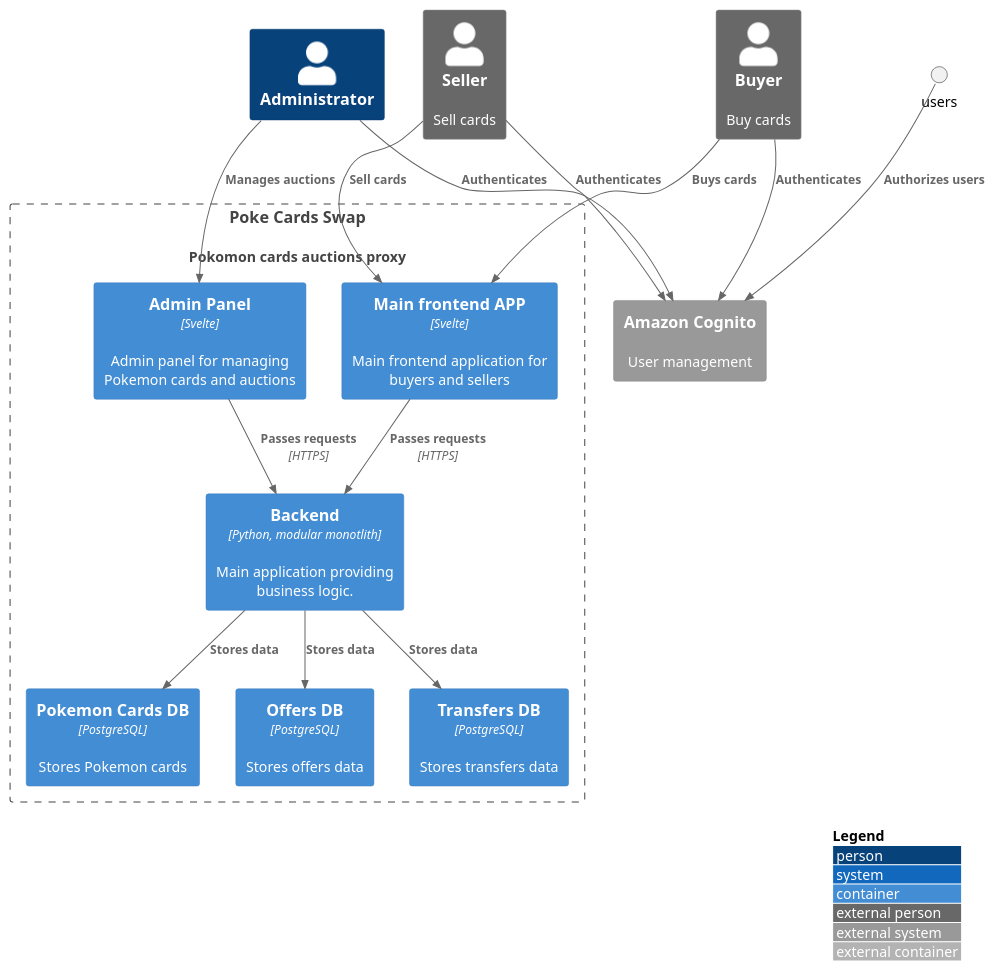
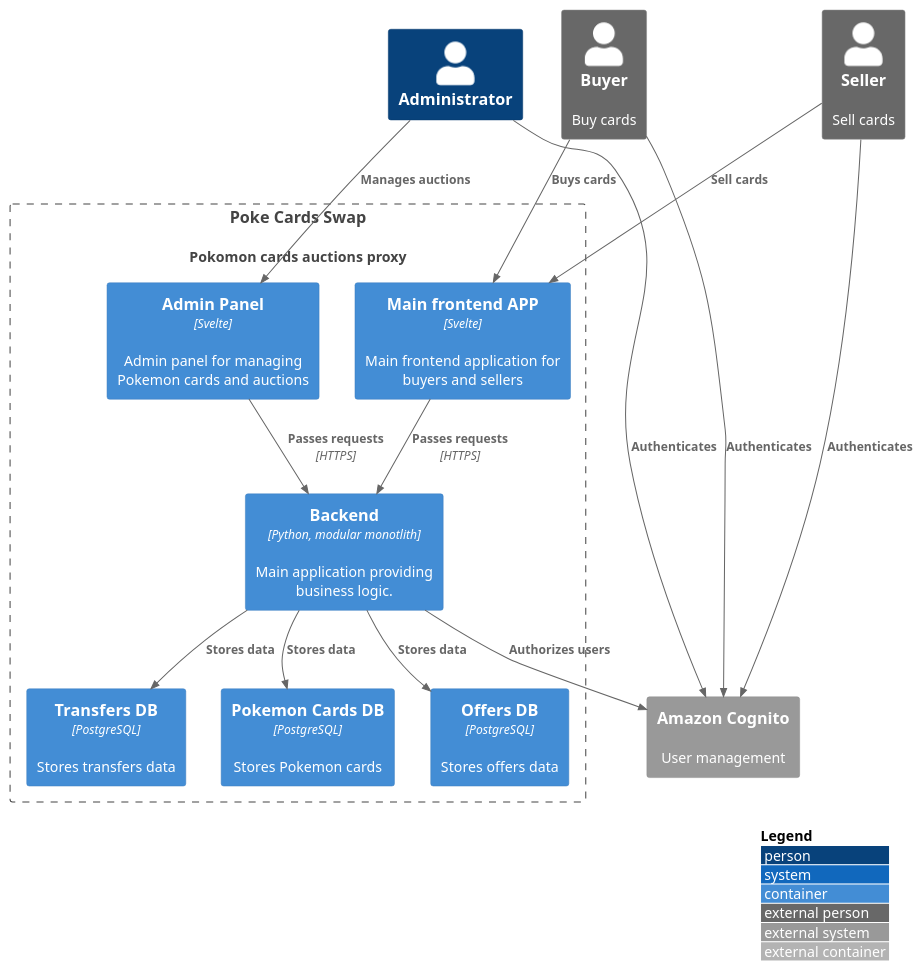
Before and after one commit to poke-cards-swap/poke-cards-swap-modular: the diagram in docs/structure/PokeCards/system.puml, drawn with PlantUML. The commit also changed 1 other file, not shown here.

Commit message:
Rename users container

```diff
--- a/docs/structure/PokeCards/system.puml
+++ b/docs/structure/PokeCards/system.puml
@@ -1,44 +1,44 @@
 @startuml
 !include https://raw.githubusercontent.com/adrianvlupu/C4-PlantUML/latest/C4_Container.puml
 
 LAYOUT_WITH_LEGEND()
 
 Person(admin, "Administrator")
 
 Person_Ext(buyer, "Buyer", "Buy cards")
 Person_Ext(seller, "Seller", "Sell cards")
 
 System(pokemoncards, "Poke Cards Swap", "Pokomon cards auctions proxy")
 
 System_Ext(cognito, "Amazon Cognito", "User management")
 
 System_Boundary(pokemoncards, "Poke Cards Swap") {
     Container(cardsdb, "Pokemon Cards DB", "PostgreSQL", "Stores Pokemon cards")
     Container(offersdb, "Offers DB", "PostgreSQL", "Stores offers data")
     Container(transfersdb, "Transfers DB", "PostgreSQL", "Stores transfers data")
 
     Container(cards, "Backend", "Python, modular monotlith", "Main application providing business logic.")
 
     Container(adminpanel, "Admin Panel", "Svelte", "Admin panel for managing Pokemon cards and auctions")
     Container(cardsfrontend, "Main frontend APP", "Svelte", "Main frontend application for buyers and sellers")
 
     Rel(adminpanel, cards, "Passes requests", "HTTPS")
     Rel(cardsfrontend, cards, "Passes requests", "HTTPS")
 
     Rel(cards, cardsdb, "Stores data")
     Rel(cards, offersdb, "Stores data")
     Rel(cards, transfersdb, "Stores data")
 }
 
 Rel(admin, adminpanel, "Manages auctions")
 
 Rel(buyer, cardsfrontend, "Buys cards")
 Rel(seller, cardsfrontend, "Sell cards")
 
 Rel(buyer, cognito, "Authenticates")
 Rel(admin, cognito, "Authenticates")
 Rel(seller, cognito, "Authenticates")
 
-Rel(users, cognito, "Authorizes users")
+Rel(cards, cognito, "Authorizes users")
 
 @enduml
```
